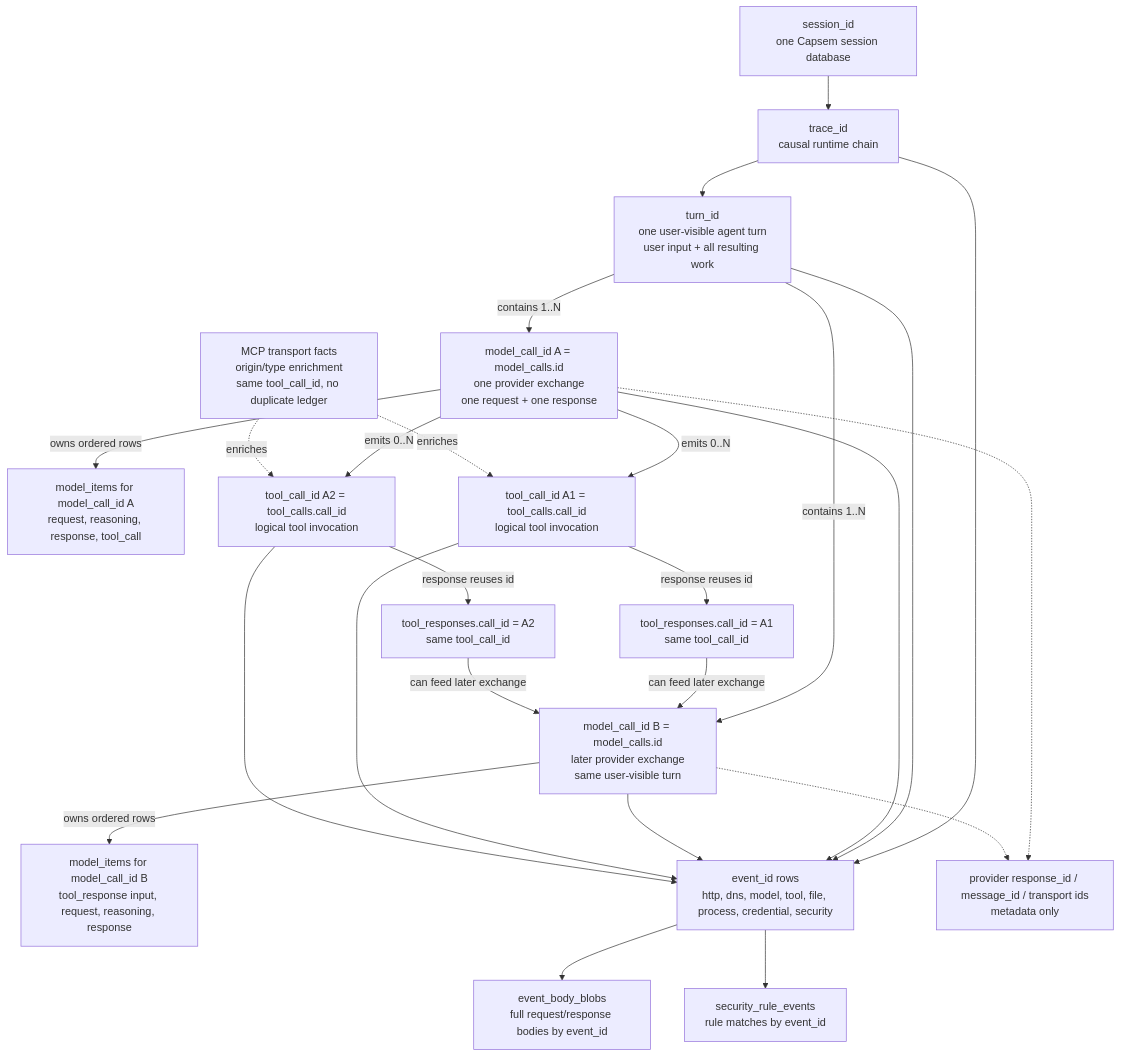
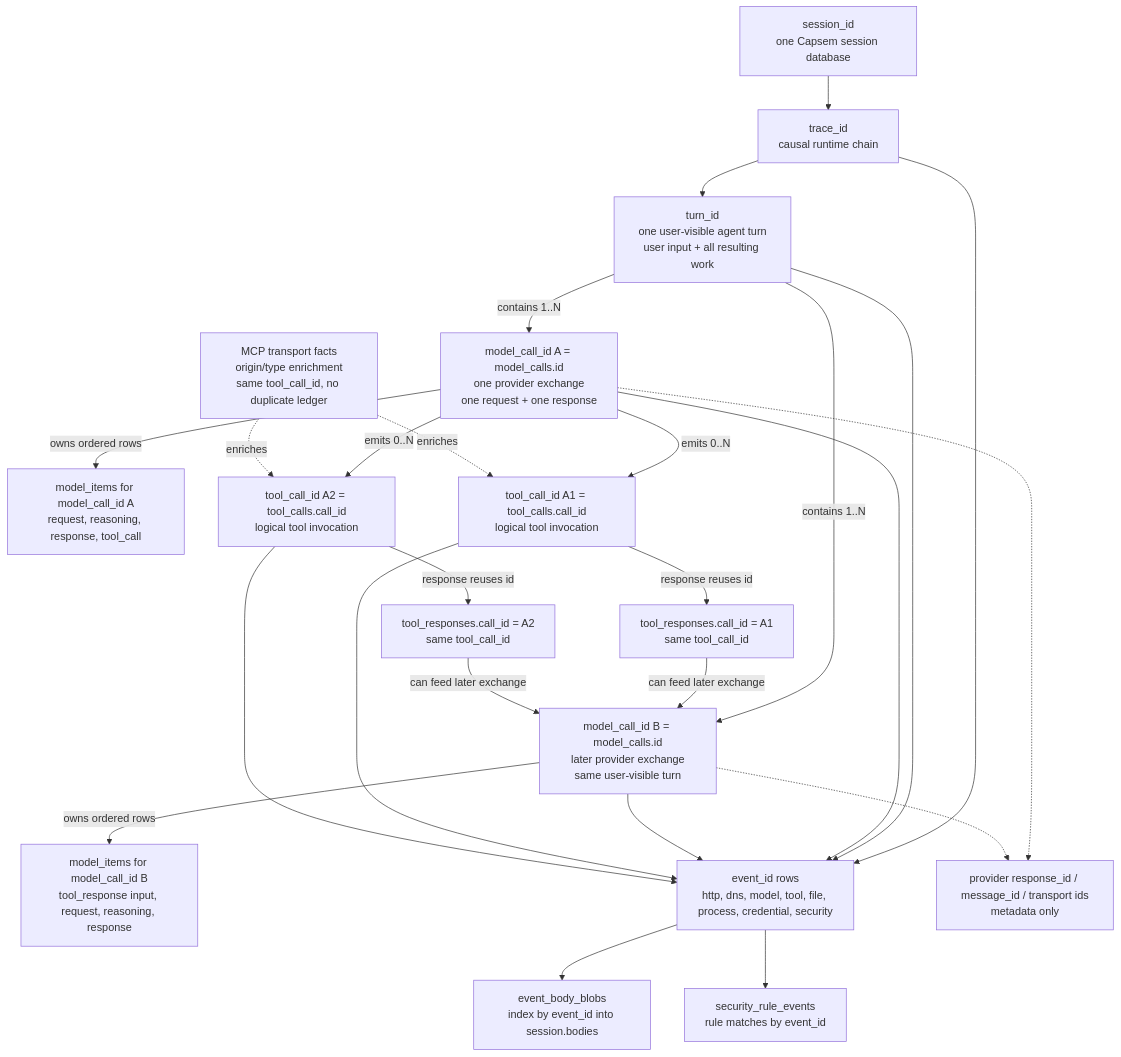
The second of 4 diagrams in web/docs/src/content/docs/architecture/session-telemetry.md (google/capsem), drawn with Mermaid before and after one commit. The commit also changed other lines of this file and 2 other files, not shown here.

````diff
--- a/web/docs/src/content/docs/architecture/session-telemetry.md
+++ b/web/docs/src/content/docs/architecture/session-telemetry.md
@@ -172,50 +185,50 @@
 ```mermaid
 flowchart TD
     Session["session_id<br/>one Capsem session database"]
     Trace["trace_id<br/>causal runtime chain"]
     Turn["turn_id<br/>one user-visible agent turn<br/>user input + all resulting work"]
 
     ModelA["model_call_id A = model_calls.id<br/>one provider exchange<br/>one request + one response"]
     ModelB["model_call_id B = model_calls.id<br/>later provider exchange<br/>same user-visible turn"]
     ModelAItems["model_items for model_call_id A<br/>request, reasoning, response, tool_call"]
     ModelBItems["model_items for model_call_id B<br/>tool_response input, request, reasoning, response"]
 
     ToolA1["tool_call_id A1 = tool_calls.call_id<br/>logical tool invocation"]
     ToolA2["tool_call_id A2 = tool_calls.call_id<br/>logical tool invocation"]
     ToolA1Response["tool_responses.call_id = A1<br/>same tool_call_id"]
     ToolA2Response["tool_responses.call_id = A2<br/>same tool_call_id"]
     McpFacts["MCP transport facts<br/>origin/type enrichment<br/>same tool_call_id, no duplicate ledger"]
 
     EventRows["event_id rows<br/>http, dns, model, tool, file, process, credential, security"]
-    BodyBlobs["event_body_blobs<br/>full request/response bodies by event_id"]
+    BodyBlobs["event_body_blobs<br/>index by event_id into session.bodies"]
     SecurityRows["security_rule_events<br/>rule matches by event_id"]
     ProviderIds["provider response_id / message_id / transport ids<br/>metadata only"]
 
     Session --> Trace
     Trace --> Turn
     Turn -->|"contains 1..N"| ModelA
     Turn -->|"contains 1..N"| ModelB
 
     ModelA -->|"owns ordered rows"| ModelAItems
     ModelB -->|"owns ordered rows"| ModelBItems
     ModelA -->|"emits 0..N"| ToolA1
     ModelA -->|"emits 0..N"| ToolA2
 
     ToolA1 -->|"response reuses id"| ToolA1Response
     ToolA2 -->|"response reuses id"| ToolA2Response
     McpFacts -.->|"enriches"| ToolA1
     McpFacts -.->|"enriches"| ToolA2
     ToolA1Response -->|"can feed later exchange"| ModelB
     ToolA2Response -->|"can feed later exchange"| ModelB
 
     Trace --> EventRows
     Turn --> EventRows
     ModelA --> EventRows
     ModelB --> EventRows
     ToolA1 --> EventRows
     ToolA2 --> EventRows
     EventRows --> BodyBlobs
     EventRows --> SecurityRows
     ModelA -.-> ProviderIds
     ModelB -.-> ProviderIds
 ```
````
